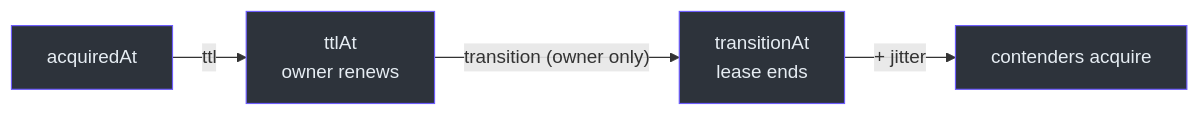
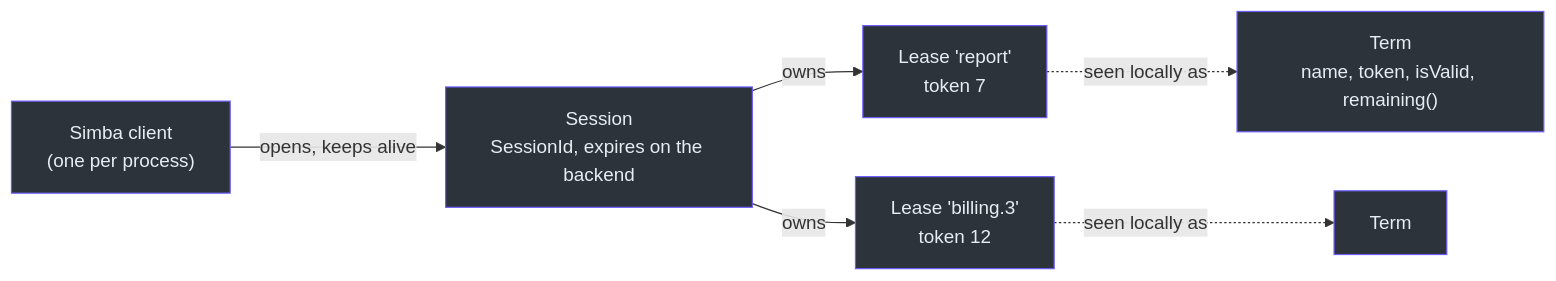
One commit to Ahoo-Wang/Simba changed the first of 3 diagrams in wiki/guide/correctness.md. Above: the diagram before and after it, drawn with Mermaid. The commit also changed other lines of this file and 45 other files, not shown here.

````diff
--- a/wiki/guide/correctness.md
+++ b/wiki/guide/correctness.md
@@ -20,10 +15,14 @@
 ```mermaid
 graph LR
-    A["acquiredAt"] -->|"ttl"| B["ttlAt<br>owner renews"]
-    B -->|"transition (owner only)"| C["transitionAt<br>lease ends"]
-    C -->|"+ jitter"| D["contenders acquire"]
-    style A fill:#2d333b,stroke:#6d5dfc,color:#e6edf3
-    style B fill:#2d333b,stroke:#6d5dfc,color:#e6edf3
-    style C fill:#2d333b,stroke:#6d5dfc,color:#e6edf3
-    style D fill:#2d333b,stroke:#6d5dfc,color:#e6edf3
+    P["Simba client<br>(one per process)"] -->|"opens, keeps alive"| S["Session<br>SessionId, expires on the backend"]
+    S -->|"owns"| L1["Lease 'report'<br>token 7"]
+    S -->|"owns"| L2["Lease 'billing.3'<br>token 12"]
+    L1 -.->|"seen locally as"| T1["Term<br>name, token, isValid, remaining()"]
+    L2 -.->|"seen locally as"| T2["Term"]
+    style P fill:#2d333b,stroke:#6d5dfc,color:#e6edf3
+    style S fill:#2d333b,stroke:#6d5dfc,color:#e6edf3
+    style L1 fill:#2d333b,stroke:#6d5dfc,color:#e6edf3
+    style L2 fill:#2d333b,stroke:#6d5dfc,color:#e6edf3
+    style T1 fill:#2d333b,stroke:#6d5dfc,color:#e6edf3
+    style T2 fill:#2d333b,stroke:#6d5dfc,color:#e6edf3
 ```
````
